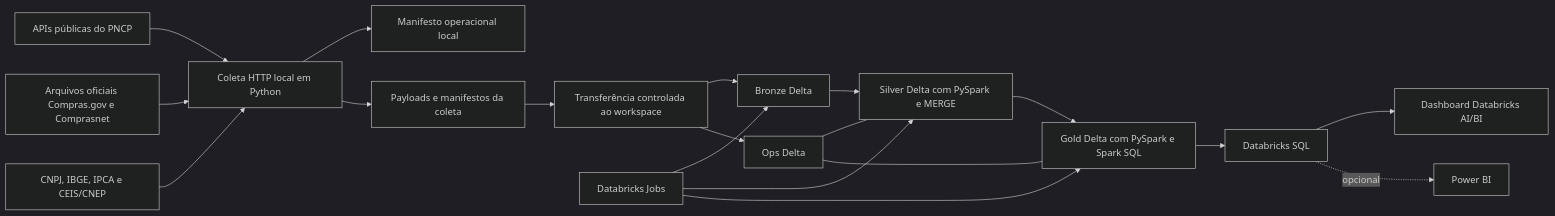
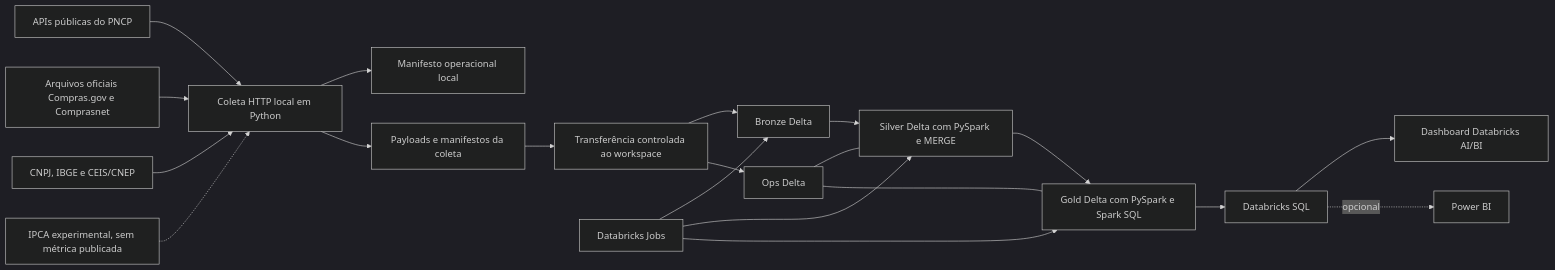
The first of 2 diagrams in docs/03-arquitetura-e-operacao.md (victorhobdev/RastroPublico), drawn with Mermaid (dark theme) before and after one commit. The commit also changed other lines of this file and 8 other files, not shown here.

````diff
--- a/docs/03-arquitetura-e-operacao.md
+++ b/docs/03-arquitetura-e-operacao.md
@@ -18,21 +18,22 @@
 ```mermaid
 flowchart LR
     PNCP["APIs públicas do PNCP"] --> COLETA["Coleta HTTP local em Python"]
     CSV["Arquivos oficiais Compras.gov e Comprasnet"] --> COLETA
-    ENR["CNPJ, IBGE, IPCA e CEIS/CNEP"] --> COLETA
+    ENR["CNPJ, IBGE e CEIS/CNEP"] --> COLETA
+    EXP["IPCA experimental, sem métrica publicada"] -.-> COLETA
     COLETA --> OPSLOCAL["Manifesto operacional local"]
     COLETA --> ARQUIVOS["Payloads e manifestos da coleta"]
     ARQUIVOS --> ENVIO["Transferência controlada ao workspace"]
     ENVIO --> BRONZE["Bronze Delta"]
     ENVIO --> OPS["Ops Delta"]
     BRONZE --> SILVER["Silver Delta com PySpark e MERGE"]
     SILVER --> GOLD["Gold Delta com PySpark e Spark SQL"]
     GOLD --> DBSQL["Databricks SQL"]
     DBSQL --> DASH["Dashboard Databricks AI/BI"]
     DBSQL -. opcional .-> PBI["Power BI"]
     JOBS["Databricks Jobs"] --> BRONZE
     JOBS --> SILVER
     JOBS --> GOLD
     OPS --- SILVER
     OPS --- GOLD
 ```
````
